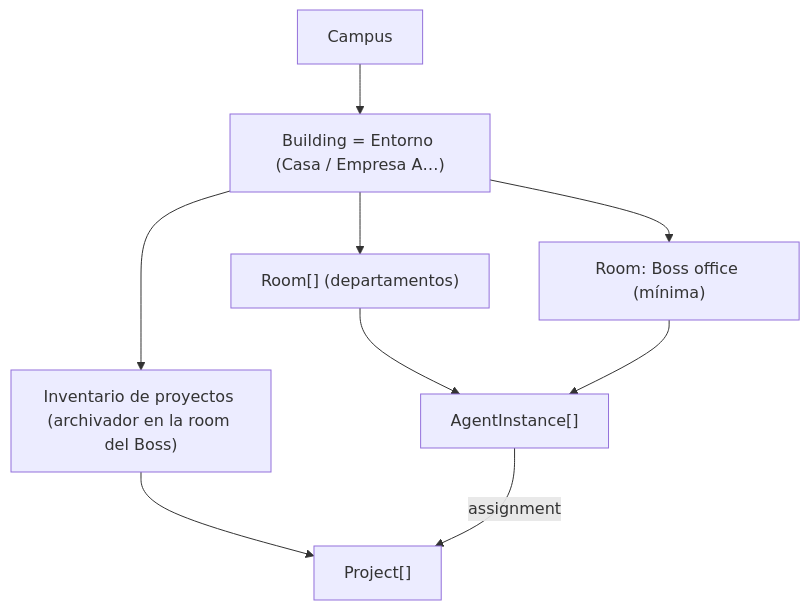
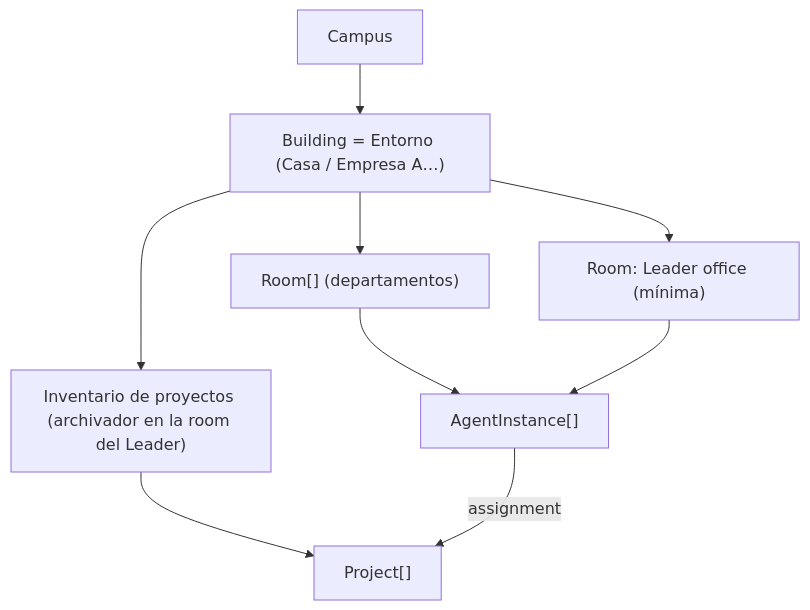
One commit to sodawave/agent-campus changed the second of 6 diagrams in docs/TECH_SPEC.md. Above: the diagram before and after it, drawn with Mermaid. The commit also changed other lines of this file and 1 other file, not shown here.

Commit message:
docs(spec-020): rename Boss->Leader (spec + tech-spec)

````diff
--- a/docs/TECH_SPEC.md
+++ b/docs/TECH_SPEC.md
@@ -191,11 +191,11 @@
 ```mermaid
 flowchart TB
   Campus --> Building["Building = Entorno (Casa / Empresa A…)"]
-  Building --> Boss["Room: Boss office (mínima)"]
+  Building --> Leader["Room: Leader office (mínima)"]
   Building --> RoomsN["Room[] (departamentos)"]
-  Building --> Inv["Inventario de proyectos (archivador en la room del Boss)"]
+  Building --> Inv["Inventario de proyectos (archivador en la room del Leader)"]
   Inv --> Projects["Project[]"]
   RoomsN --> Agents["AgentInstance[]"]
-  Boss --> Agents
+  Leader --> Agents
   Agents -->|assignment| Projects
 ```
````
